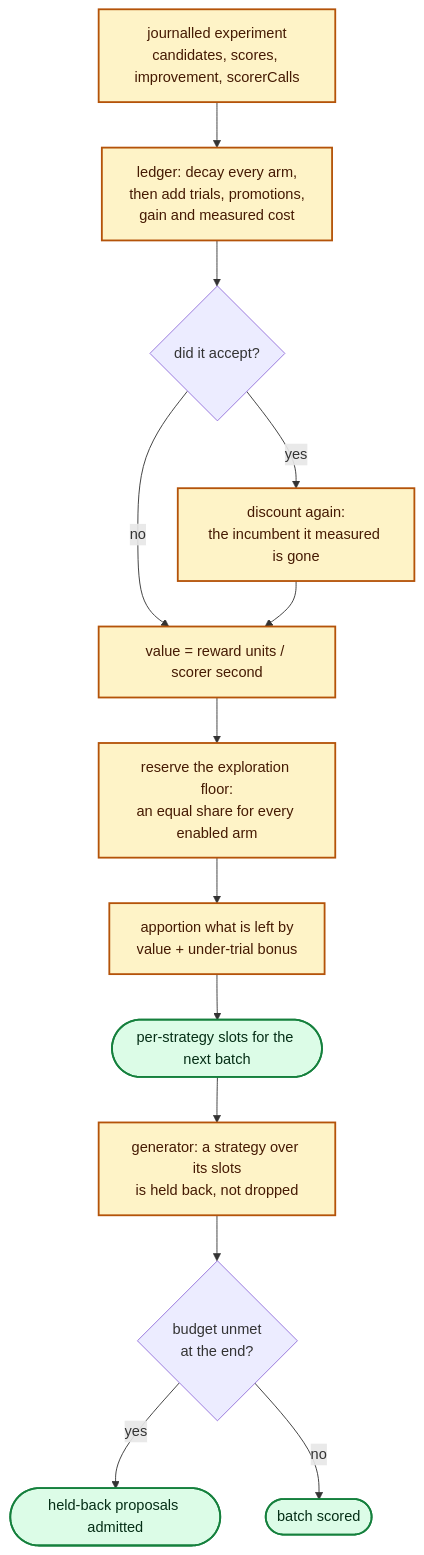
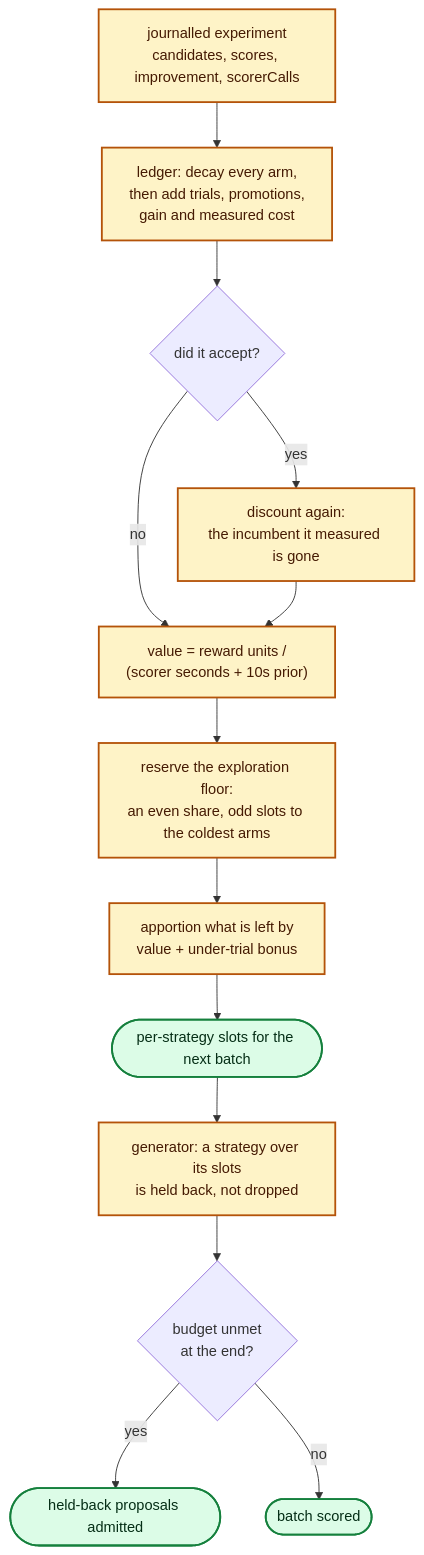
One commit to stSoftwareAU/NEAT-AI-Lamarck changed the diagram in docs/strategy-allocation.md. Above: the diagram before and after it, drawn with Mermaid. The commit also changed other lines of this file and 4 other files, not shown here.

````diff
--- a/docs/strategy-allocation.md
+++ b/docs/strategy-allocation.md
@@ -47,21 +58,21 @@
 ```mermaid
 flowchart TD
     J["journalled experiment<br/>candidates, scores, improvement, scorerCalls"] --> L["ledger: decay every arm,<br/>then add trials, promotions,<br/>gain and measured cost"]
     L --> ACC{"did it accept?"}
     ACC -- yes --> RET["discount again:<br/>the incumbent it measured is gone"]
     ACC -- no --> V
-    RET --> V["value = reward units / scorer second"]
-    V --> FLOOR["reserve the exploration floor:<br/>an equal share for every enabled arm"]
+    RET --> V["value = reward units /<br/>(scorer seconds + 10s prior)"]
+    V --> FLOOR["reserve the exploration floor:<br/>an even share, odd slots to the coldest arms"]
     FLOOR --> UCB["apportion what is left by<br/>value + under-trial bonus"]
     UCB --> SLOTS(["per-strategy slots for the next batch"])
     SLOTS --> GEN["generator: a strategy over its slots<br/>is held back, not dropped"]
     GEN --> SHORT{"budget unmet<br/>at the end?"}
     SHORT -- yes --> ADMIT(["held-back proposals admitted"])
     SHORT -- no --> DONE(["batch scored"])
 
     classDef stage fill:#fef3c7,stroke:#b45309,stroke-width:2px,color:#451a03
     classDef stop fill:#dcfce7,stroke:#15803d,stroke-width:2px,color:#052e16
 
     class J,L,RET,V,FLOOR,UCB,GEN stage
     class SLOTS,ADMIT,DONE stop
 ```
````
